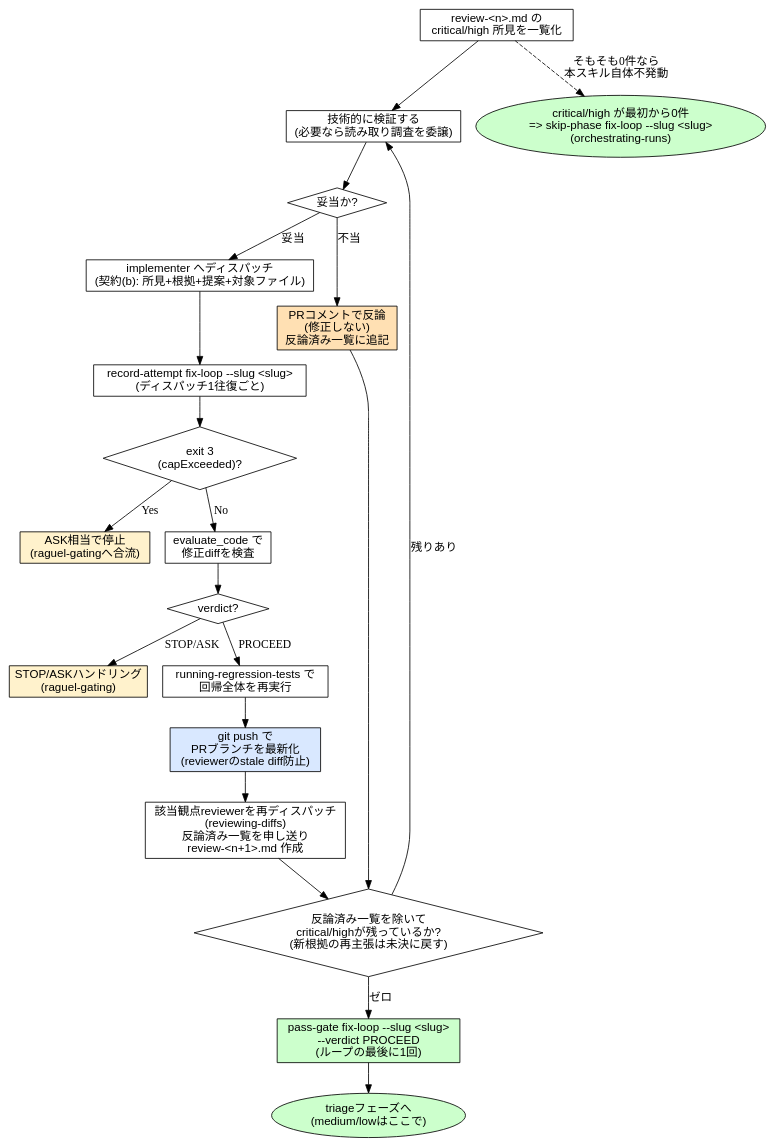
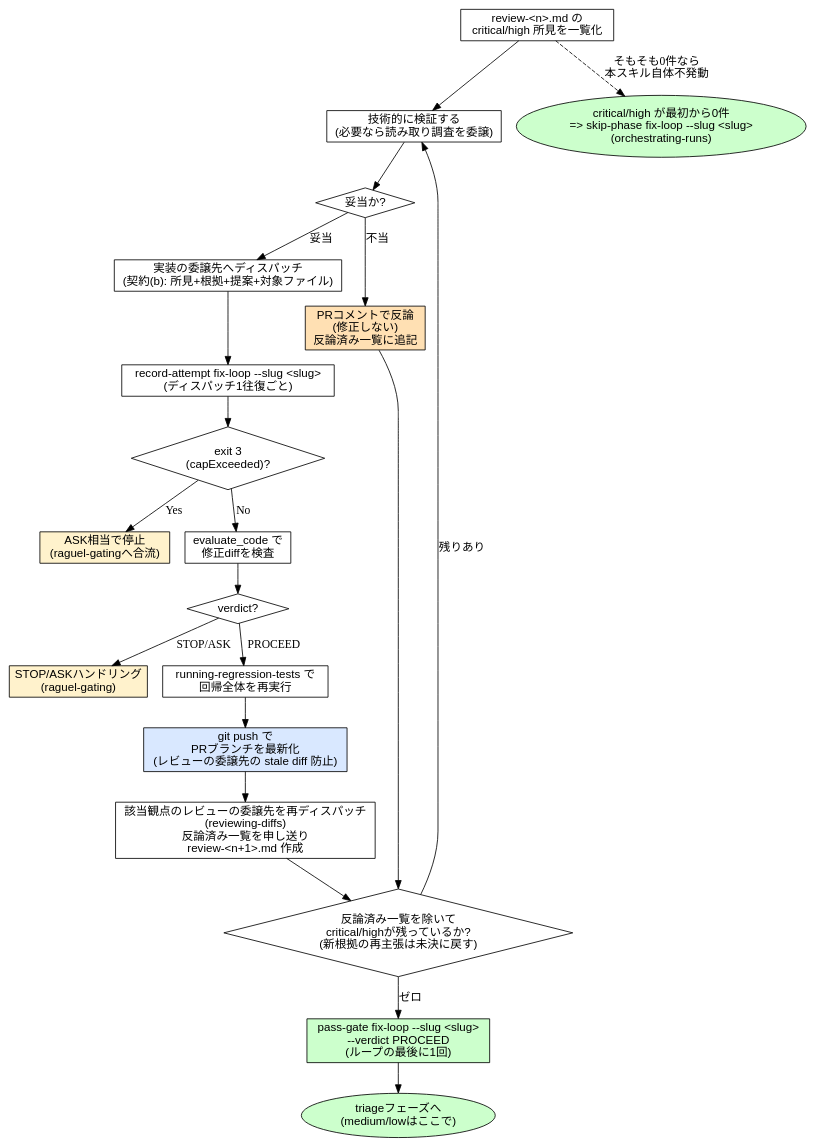
Before and after one commit to Amatsuka-kobo/amatsuka-claude-plugins: diagram 11 of 15 in plugins/codiel/docs/skill-flowcharts.md, drawn with Graphviz. The commit also changed other lines of this file and 7 other files, not shown here.

````diff
--- a/plugins/codiel/docs/skill-flowcharts.md
+++ b/plugins/codiel/docs/skill-flowcharts.md
@@ -426,43 +426,43 @@
 ```dot
 digraph fixing_review_findings {
   rankdir=TB;
   node [fontname="sans-serif"];
 
   findings [label="review-<n>.md の\ncritical/high 所見を一覧化", shape=box];
   verify [label="技術的に検証する\n(必要なら読み取り調査を委譲)", shape=box];
   valid [label="妥当か?", shape=diamond];
-  dispatch [label="implementer へディスパッチ\n(契約(b): 所見+根拠+提案+対象ファイル)", shape=box];
+  dispatch [label="実装の委譲先へディスパッチ\n(契約(b): 所見+根拠+提案+対象ファイル)", shape=box];
   rebut [label="PRコメントで反論\n(修正しない)\n反論済み一覧に追記", shape=box, style=filled, fillcolor="#ffe0b3"];
   record_attempt [label="record-attempt fix-loop --slug <slug>\n(ディスパッチ1往復ごと)", shape=box];
   cap [label="exit 3\n(capExceeded)?", shape=diamond];
   ask [label="ASK相当で停止\n(raguel-gatingへ合流)", shape=box, style=filled, fillcolor="#fff2cc"];
   evaluate [label="evaluate_code で\n修正diffを検査", shape=box];
   verdict [label="verdict?", shape=diamond];
   stop_ask [label="STOP/ASKハンドリング\n(raguel-gating)", shape=box, style=filled, fillcolor="#fff2cc"];
   regress [label="running-regression-tests で\n回帰全体を再実行", shape=box];
-  push [label="git push で\nPRブランチを最新化\n(reviewerのstale diff防止)", shape=box, style=filled, fillcolor="#d9e8ff"];
-  rereview [label="該当観点reviewerを再ディスパッチ\n(reviewing-diffs)\n反論済み一覧を申し送り\nreview-<n+1>.md 作成", shape=box];
+  push [label="git push で\nPRブランチを最新化\n(レビューの委譲先の stale diff 防止)", shape=box, style=filled, fillcolor="#d9e8ff"];
+  rereview [label="該当観点のレビューの委譲先を再ディスパッチ\n(reviewing-diffs)\n反論済み一覧を申し送り\nreview-<n+1>.md 作成", shape=box];
   remaining [label="反論済み一覧を除いて\ncritical/highが残っているか?\n(新根拠の再主張は未決に戻す)", shape=diamond];
   passgate [label="pass-gate fix-loop --slug <slug>\n--verdict PROCEED\n(ループの最後に1回)", shape=box, style=filled, fillcolor="#ccffcc"];
   triage [label="triageフェーズへ\n(medium/lowはここで)", shape=ellipse, style=filled, fillcolor="#ccffcc"];
   skip [label="critical/high が最初から0件\n=> skip-phase fix-loop --slug <slug>\n(orchestrating-runs)", shape=ellipse, style=filled, fillcolor="#ccffcc"];
 
   findings -> verify -> valid;
   valid -> dispatch [label="妥当"];
   valid -> rebut [label="不当"];
   dispatch -> record_attempt;
   record_attempt -> cap;
   cap -> ask [label="Yes"];
   cap -> evaluate [label="No"];
   evaluate -> verdict;
   verdict -> stop_ask [label="STOP/ASK"];
   verdict -> regress [label="PROCEED"];
   regress -> push -> rereview -> remaining;
   remaining -> verify [label="残りあり"];
   remaining -> passgate [label="ゼロ"];
   rebut -> remaining;
   passgate -> triage;
 
   findings -> skip [style=dashed, label="そもそも0件なら\n本スキル自体不発動"];
 }
 ```
````
